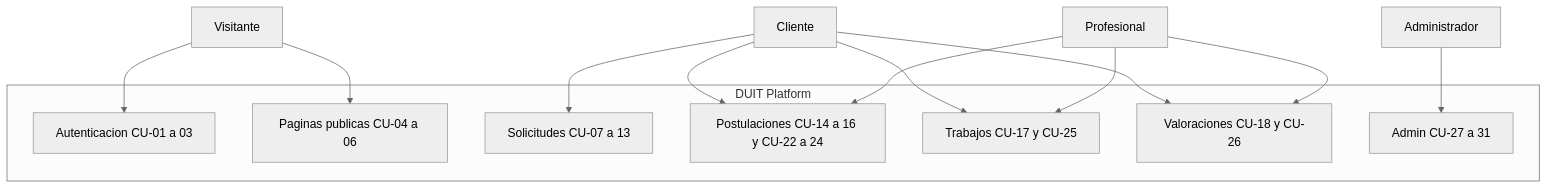
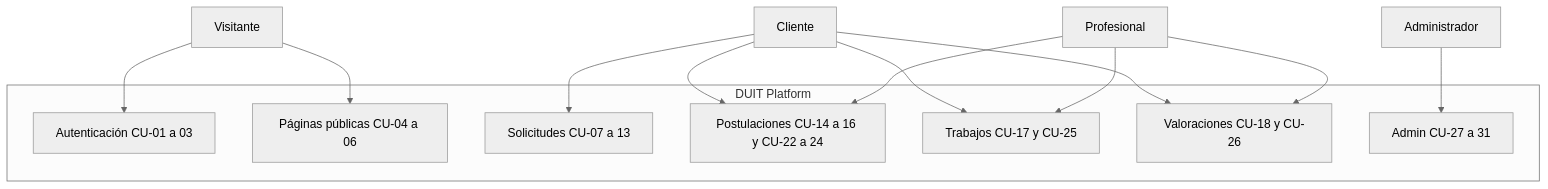
The fifth of 6 diagrams in documentacion/DAW_PRW_R1L2_UT01.2. Diagrama de casos de uso.md (FerCueA/Duit), drawn with Mermaid (neutral theme) before and after one commit. The commit also changed other lines of this file and 6 other files, not shown here.

````diff
--- a/documentacion/DAW_PRW_R1L2_UT01.2. Diagrama de casos de uso.md
+++ b/documentacion/DAW_PRW_R1L2_UT01.2. Diagrama de casos de uso.md
@@ -258,28 +260,28 @@
 ```mermaid
 flowchart TB
   V[Visitante]
   C[Cliente]
   P[Profesional]
   A[Administrador]
 
   subgraph Plataforma[DUIT Platform]
-    Auth["Autenticacion CU-01 a 03"]
-    PublicPages["Paginas publicas CU-04 a 06"]
+    Auth["Autenticación CU-01 a 03"]
+    PublicPages["Páginas públicas CU-04 a 06"]
     Requests["Solicitudes CU-07 a 13"]
     Apps["Postulaciones CU-14 a 16 y CU-22 a 24"]
     Jobs["Trabajos CU-17 y CU-25"]
     Ratings["Valoraciones CU-18 y CU-26"]
     AdminPanel["Admin CU-27 a 31"]
   end
 
   V --> Auth
   V --> PublicPages
   C --> Requests
   C --> Apps
   C --> Jobs
   C --> Ratings
   P --> Apps
   P --> Jobs
   P --> Ratings
   A --> AdminPanel
 ```
````
